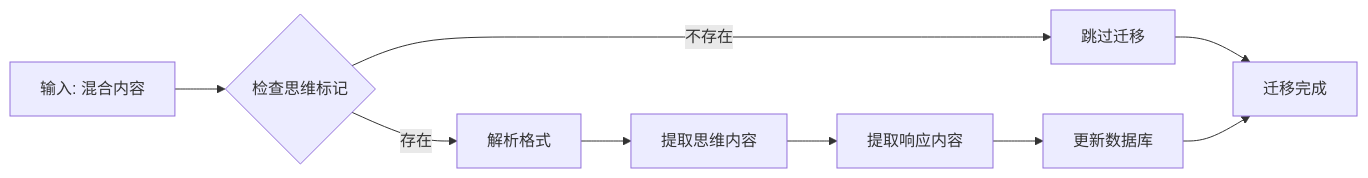
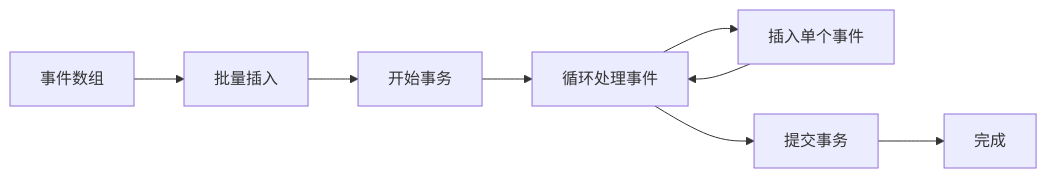
Before and after one commit to baike08/cosurf: the fifth of 11 diagrams in .qoder/repowiki/zh/content/数据库设计/数据迁移策略.md, drawn with Mermaid. The commit also changed other lines of this file and 23 other files, not shown here.

````diff
--- a/.qoder/repowiki/zh/content/数据库设计/数据迁移策略.md
+++ b/.qoder/repowiki/zh/content/数据库设计/数据迁移策略.md
@@ -182,11 +199,10 @@
 ```mermaid
 flowchart LR
-INPUT[输入: 混合内容] --> CHECK_MARKER{检查思维标记}
-CHECK_MARKER --> |存在| PARSE_FORMAT[解析格式]
-CHECK_MARKER --> |不存在| SKIP_MIGRATION[跳过迁移]
-PARSE_FORMAT --> EXTRACT_THOUGHT[提取思维内容]
-EXTRACT_THOUGHT --> EXTRACT_RESPONSE[提取响应内容]
-EXTRACT_RESPONSE --> UPDATE_DATABASE[更新数据库]
-SKIP_MIGRATION --> COMPLETE[迁移完成]
-UPDATE_DATABASE --> COMPLETE
+INPUT[事件数组] --> BATCH_INSERT[批量插入]
+BATCH_INSERT --> START_TX[开始事务]
+START_TX --> LOOP_EVENTS[循环处理事件]
+LOOP_EVENTS --> INSERT_EVENT[插入单个事件]
+INSERT_EVENT --> LOOP_EVENTS
+LOOP_EVENTS --> COMMIT_TX[提交事务]
+COMMIT_TX --> COMPLETE[完成]
 ```
````
